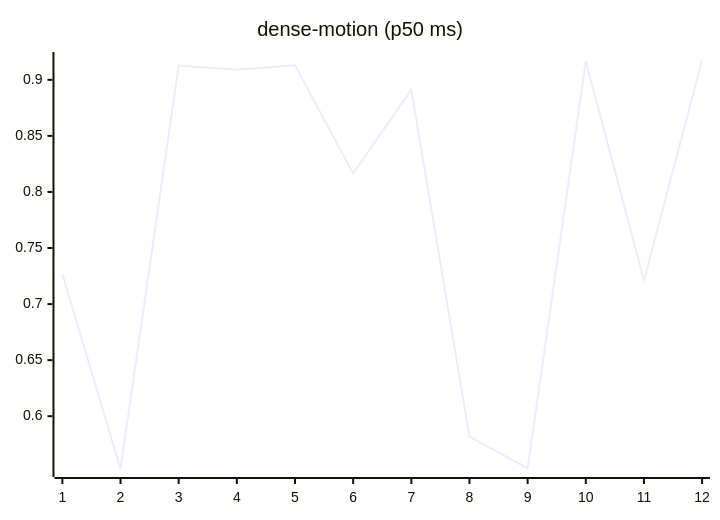
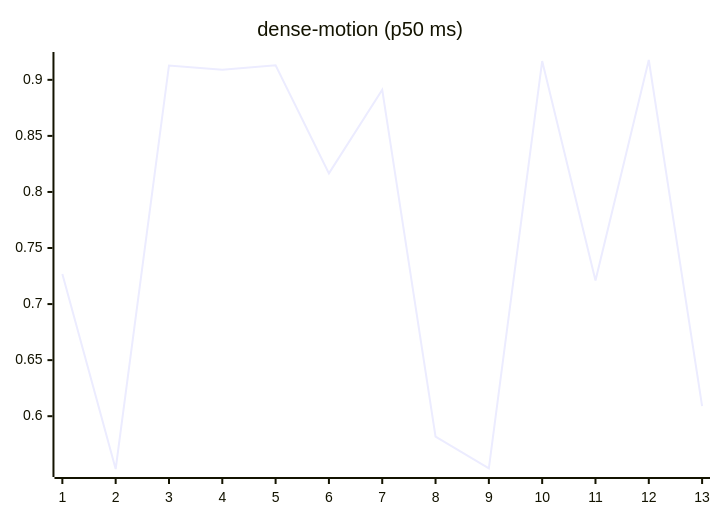
Before and after one commit to josha/Facet: the ninth of 27 diagrams in README.md, drawn with Mermaid. The commit also changed other lines of this file and 2 other files, not shown here.

````diff
--- a/README.md
+++ b/README.md
@@ -119,6 +119,6 @@
 ```mermaid
 xychart-beta
     title "dense-motion (p50 ms)"
-    x-axis 1 --> 12
-    line [0.7269, 0.5529, 0.9128, 0.9089, 0.9130, 0.8166, 0.8911, 0.5818, 0.5534, 0.9168, 0.7211, 0.9177]
+    x-axis 1 --> 13
+    line [0.7269, 0.5529, 0.9128, 0.9089, 0.9130, 0.8166, 0.8911, 0.5818, 0.5534, 0.9168, 0.7211, 0.9177, 0.6090]
 ```
````
